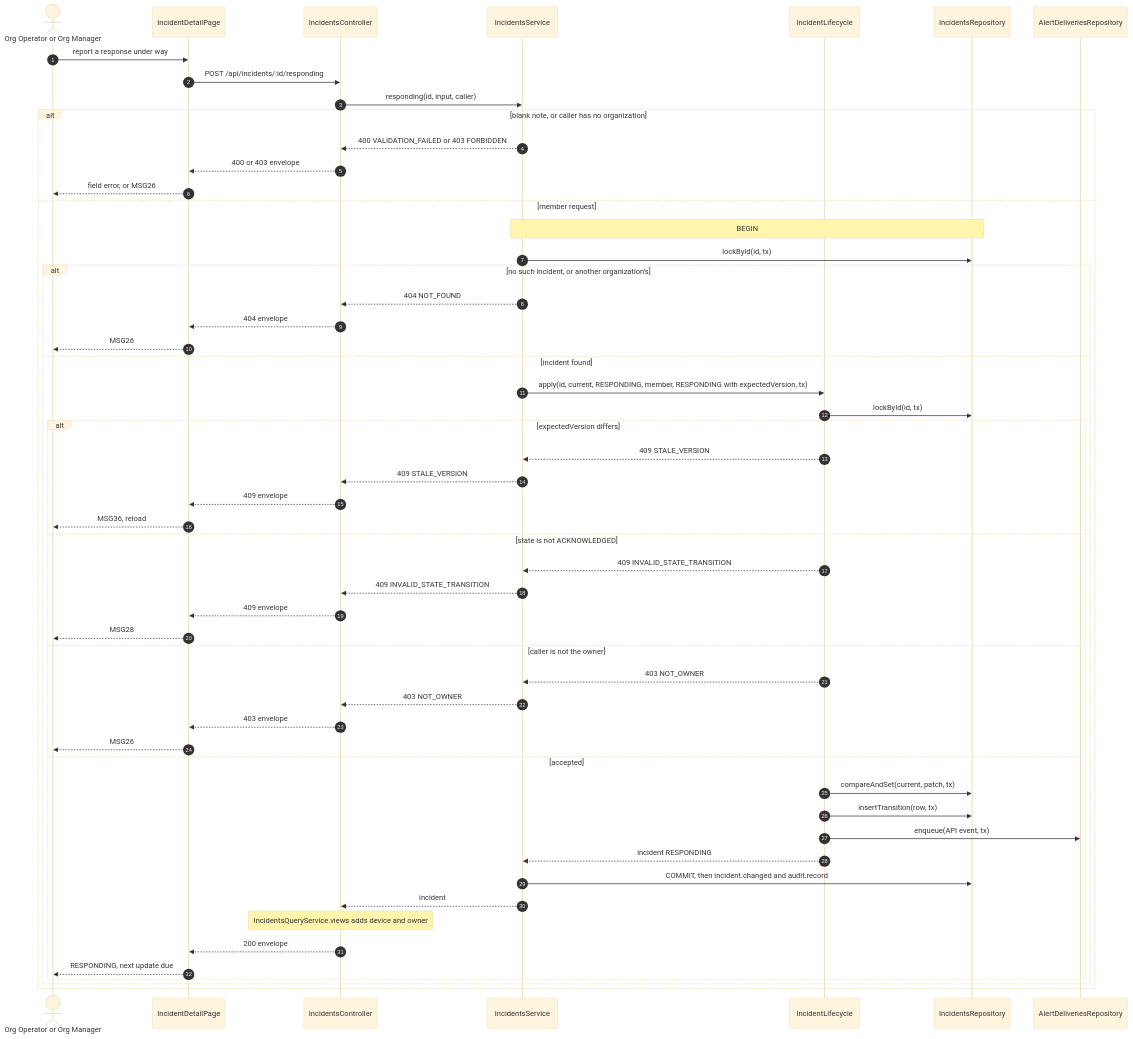
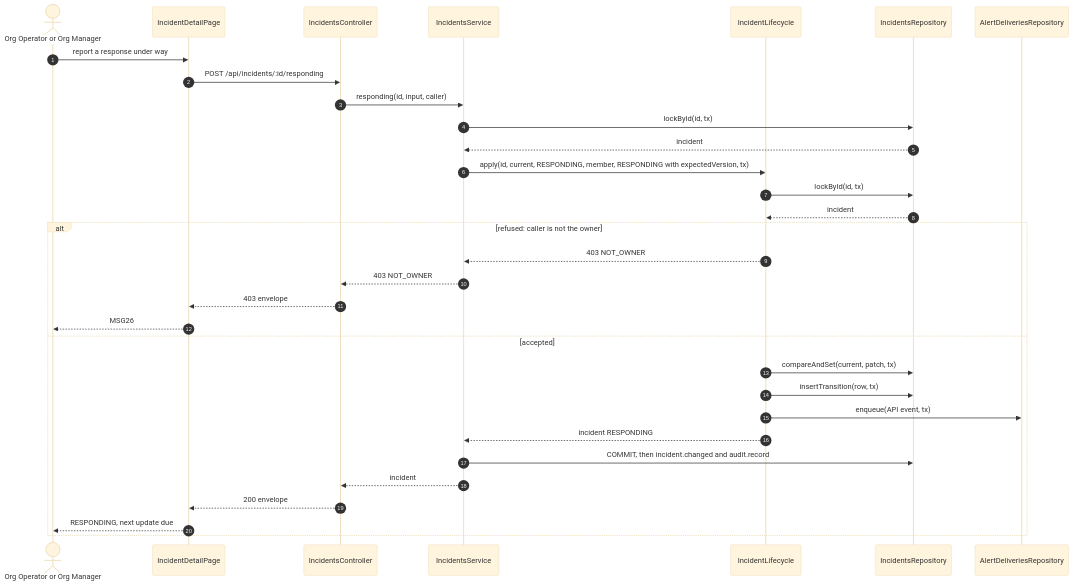
One commit to TrekLink-Team/treklink-web changed the second of 2 diagrams in specs/incidents/api-design/04-post-incidents-id-responding.md. Above: the diagram before and after it, drawn with Mermaid (base theme). The commit also changed other lines of this file and 8 other files, not shown here.

First line of the commit message:
docs: draw one alt per incidents sequence again

````diff
--- a/specs/incidents/api-design/04-post-incidents-id-responding.md
+++ b/specs/incidents/api-design/04-post-incidents-id-responding.md
@@ -248,56 +248,34 @@
 ```mermaid
 sequenceDiagram
     autonumber
     actor U as Org Operator or Org Manager
     participant P as IncidentDetailPage
     participant Ctl as IncidentsController
     participant Svc as IncidentsService
     participant L as IncidentLifecycle
     participant R as IncidentsRepository
     participant Ob as AlertDeliveriesRepository
     U->>P: report a response under way
     P->>Ctl: POST /api/incidents/:id/responding
     Ctl->>Svc: responding(id, input, caller)
-    alt blank note, or caller has no organization
-        Svc-->>Ctl: 400 VALIDATION_FAILED or 403 FORBIDDEN
-        Ctl-->>P: 400 or 403 envelope
-        P-->>U: field error, or MSG26
-    else member request
-        Note over Svc,R: BEGIN
-        Svc->>R: lockById(id, tx)
-        alt no such incident, or another organization's
-            Svc-->>Ctl: 404 NOT_FOUND
-            Ctl-->>P: 404 envelope
-            P-->>U: MSG26
-        else incident found
-            Svc->>L: apply(id, current, RESPONDING, member, RESPONDING with expectedVersion, tx)
-            L->>R: lockById(id, tx)
-            alt expectedVersion differs
-                L-->>Svc: 409 STALE_VERSION
-                Svc-->>Ctl: 409 STALE_VERSION
-                Ctl-->>P: 409 envelope
-                P-->>U: MSG36, reload
-            else state is not ACKNOWLEDGED
-                L-->>Svc: 409 INVALID_STATE_TRANSITION
-                Svc-->>Ctl: 409 INVALID_STATE_TRANSITION
-                Ctl-->>P: 409 envelope
-                P-->>U: MSG28
-            else caller is not the owner
-                L-->>Svc: 403 NOT_OWNER
-                Svc-->>Ctl: 403 NOT_OWNER
-                Ctl-->>P: 403 envelope
-                P-->>U: MSG26
-            else accepted
-                L->>R: compareAndSet(current, patch, tx)
-                L->>R: insertTransition(row, tx)
-                L->>Ob: enqueue(API event, tx)
-                L-->>Svc: incident RESPONDING
-                Svc->>R: COMMIT, then incident.changed and audit.record
-                Svc-->>Ctl: incident
-                Note over Ctl: IncidentsQueryService.views adds device and owner
-                Ctl-->>P: 200 envelope
-                P-->>U: RESPONDING, next update due
-            end
-        end
+    Svc->>R: lockById(id, tx)
+    R-->>Svc: incident
+    Svc->>L: apply(id, current, RESPONDING, member, RESPONDING with expectedVersion, tx)
+    L->>R: lockById(id, tx)
+    R-->>L: incident
+    alt refused: caller is not the owner
+        L-->>Svc: 403 NOT_OWNER
+        Svc-->>Ctl: 403 NOT_OWNER
+        Ctl-->>P: 403 envelope
+        P-->>U: MSG26
+    else accepted
+        L->>R: compareAndSet(current, patch, tx)
+        L->>R: insertTransition(row, tx)
+        L->>Ob: enqueue(API event, tx)
+        L-->>Svc: incident RESPONDING
+        Svc->>R: COMMIT, then incident.changed and audit.record
+        Svc-->>Ctl: incident
+        Ctl-->>P: 200 envelope
+        P-->>U: RESPONDING, next update due
     end
 ```
````
